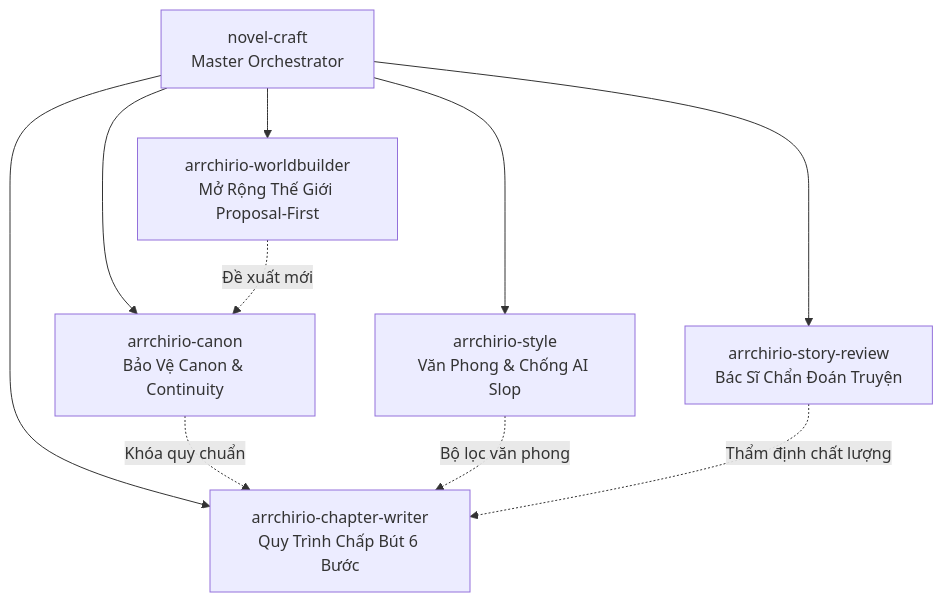
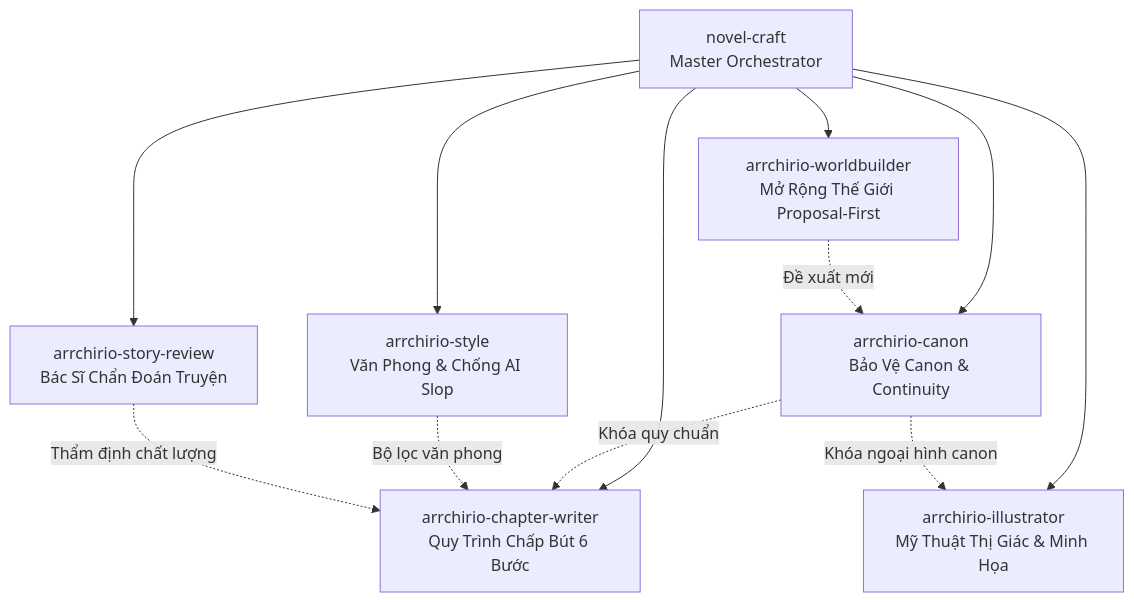
The diagram in .agents/skills/novel-craft/SKILL.md (HungPD0726/Arrchirio-The-Seventh-Gate), drawn with Mermaid before and after one commit. The commit also changed other lines of this file and 2 other files, not shown here.

First line of the commit message:
feat(skills): add arrchirio-illustrator skill for visual concept art and cover design

````diff
--- a/.agents/skills/novel-craft/SKILL.md
+++ b/.agents/skills/novel-craft/SKILL.md
@@ -16,13 +17,15 @@
 ```mermaid
 flowchart TD
     NC[novel-craft<br/>Master Orchestrator] --> AC[arrchirio-canon<br/>Bảo Vệ Canon & Continuity]
     NC --> AS[arrchirio-style<br/>Văn Phong & Chống AI Slop]
     NC --> AR[arrchirio-story-review<br/>Bác Sĩ Chẩn Đoán Truyện]
     NC --> AW[arrchirio-chapter-writer<br/>Quy Trình Chấp Bút 6 Bước]
     NC --> AB[arrchirio-worldbuilder<br/>Mở Rộng Thế Giới Proposal-First]
+    NC --> AI[arrchirio-illustrator<br/>Mỹ Thuật Thị Giác & Minh Họa]
 
     AC -.->|Khóa quy chuẩn| AW
     AS -.->|Bộ lọc văn phong| AW
     AR -.->|Thẩm định chất lượng| AW
     AB -.->|Đề xuất mới| AC
+    AC -.->|Khóa ngoại hình canon| AI
 ```
````
